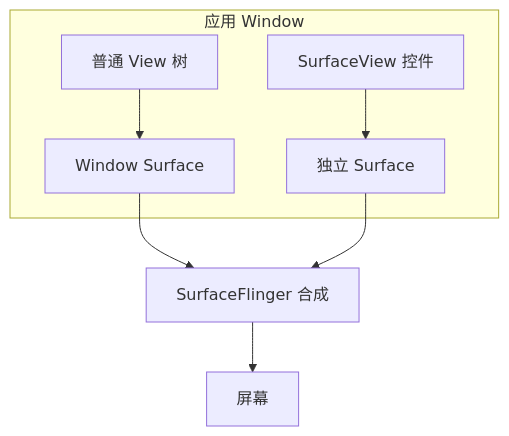
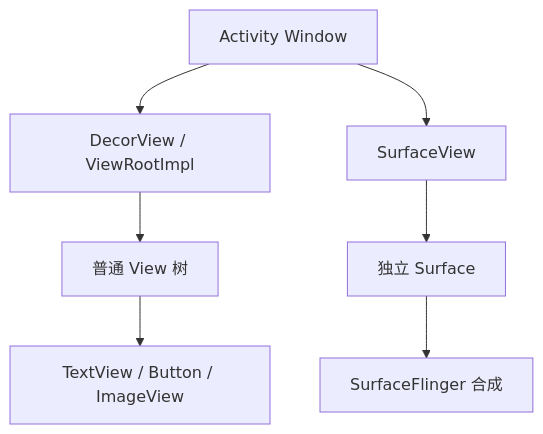
Before and after one commit to junyingzhao001/StudyNotes: the second of 5 diagrams in 绘制相关/SurfaceView和TextureView使用.md, drawn with Mermaid. The commit also changed other lines of this file and 15 other files, not shown here.

````diff
--- a/绘制相关/SurfaceView和TextureView使用.md
+++ b/绘制相关/SurfaceView和TextureView使用.md
@@ -153,10 +151,11 @@
 ```mermaid
-flowchart TB
-  subgraph W["应用 Window"]
-    V["普通 View 树"] --> WS["Window Surface"]
-    SV["SurfaceView 控件"] --> SS["独立 Surface"]
-  end
-  WS --> SF["SurfaceFlinger 合成"]
-  SS --> SF
-  SF --> Screen["屏幕"]
+flowchart TD
+    A["Activity Window"] --> B["DecorView / ViewRootImpl"]
+    B --> C["普通 View 树"]
+    C --> D["TextView / Button / ImageView"]
+
+    A --> E["SurfaceView"]
+    E --> F["独立 Surface"]
+    F --> G["SurfaceFlinger 合成"]
+
 ```
````
